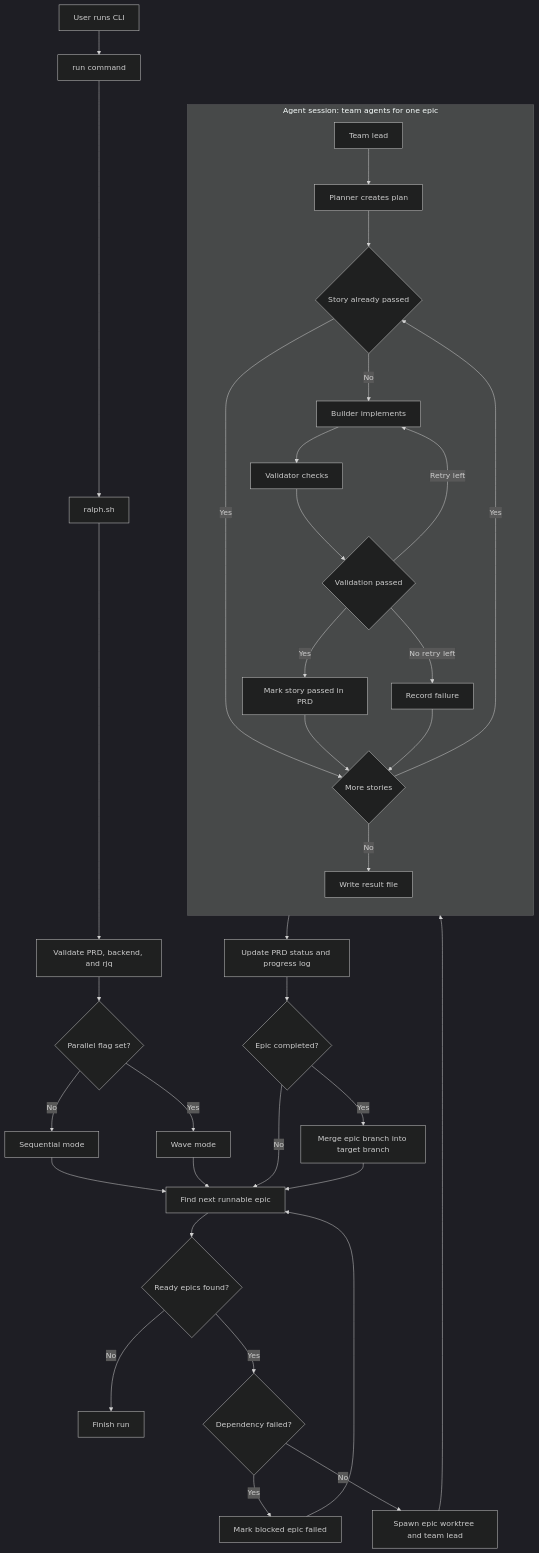
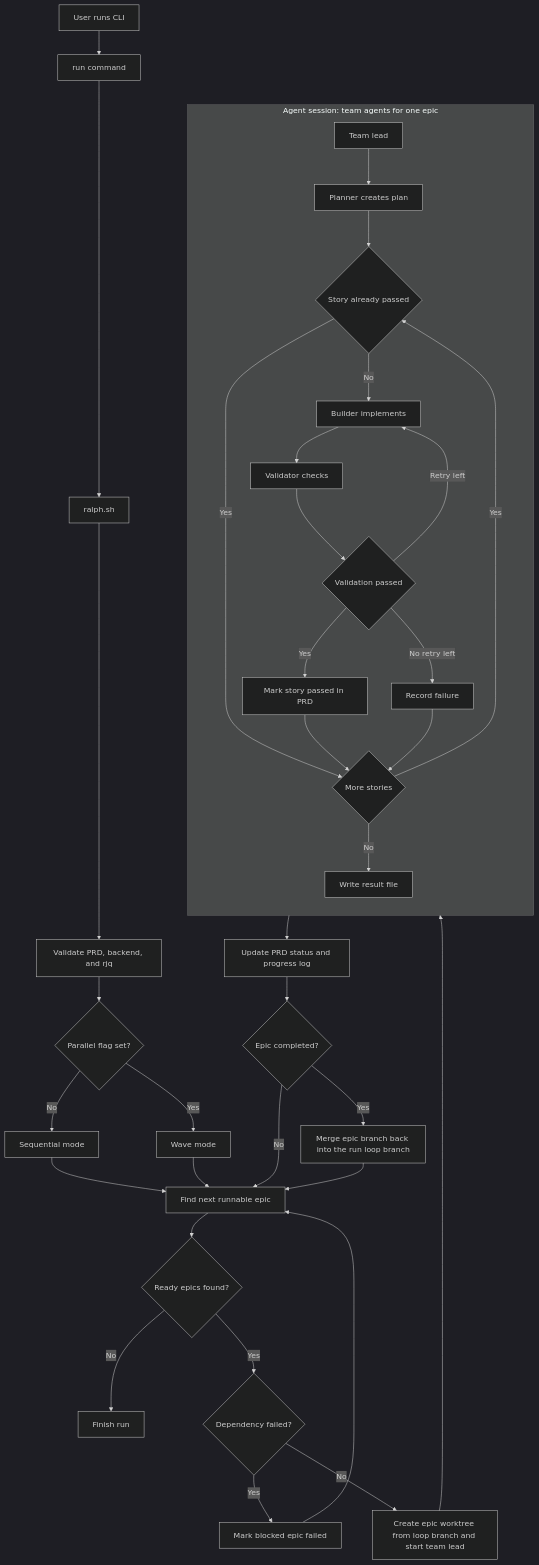
Before and after one commit to tuansondinh/ralph-teams: the diagram in README.md, drawn with Mermaid (dark theme). The commit also changed other lines of this file and 15 other files, not shown here.

````diff
--- a/README.md
+++ b/README.md
@@ -25,52 +26,52 @@
 ```mermaid
 flowchart TB
     U[User runs CLI] --> C[run command]
     C --> S[ralph.sh]
     S --> V[Validate PRD, backend, and rjq]
     V --> PF{Parallel flag set?}
     PF -->|No| M1[Sequential mode]
     PF -->|Yes| M2[Wave mode]
     M1 --> E[Find next runnable epic]
     M2 --> E
     E --> B{Ready epics found?}
     B -->|No| D[Finish run]
     B -->|Yes| X{Dependency failed?}
     X -->|Yes| K[Mark blocked epic failed]
-    X -->|No| T[Spawn epic worktree and team lead]
+    X -->|No| T[Create epic worktree from loop branch and start team lead]
 
     subgraph CS[Agent session: team agents for one epic]
         direction TB
         TL[Team lead]
         P[Planner creates plan]
         Q{Story already passed}
         BU[Builder implements]
         VA[Validator checks]
         R{Validation passed}
         SP[Mark story passed in PRD]
         F[Record failure]
         M{More stories}
         RF[Write result file]
 
         TL --> P
         P --> Q
         Q -->|Yes| M
         Q -->|No| BU
         BU --> VA
         VA --> R
         R -->|Yes| SP
         R -->|Retry left| BU
         R -->|No retry left| F
         SP --> M
         F --> M
         M -->|Yes| Q
         M -->|No| RF
     end
 
     T --> TL
     K --> E
     RF --> P2[Update PRD status and progress log]
     P2 --> G{Epic completed?}
     G -->|No| E
-    G -->|Yes| H[Merge epic branch into target branch]
+    G -->|Yes| H[Merge epic branch back into the run loop branch]
     H --> E
 ```
````
